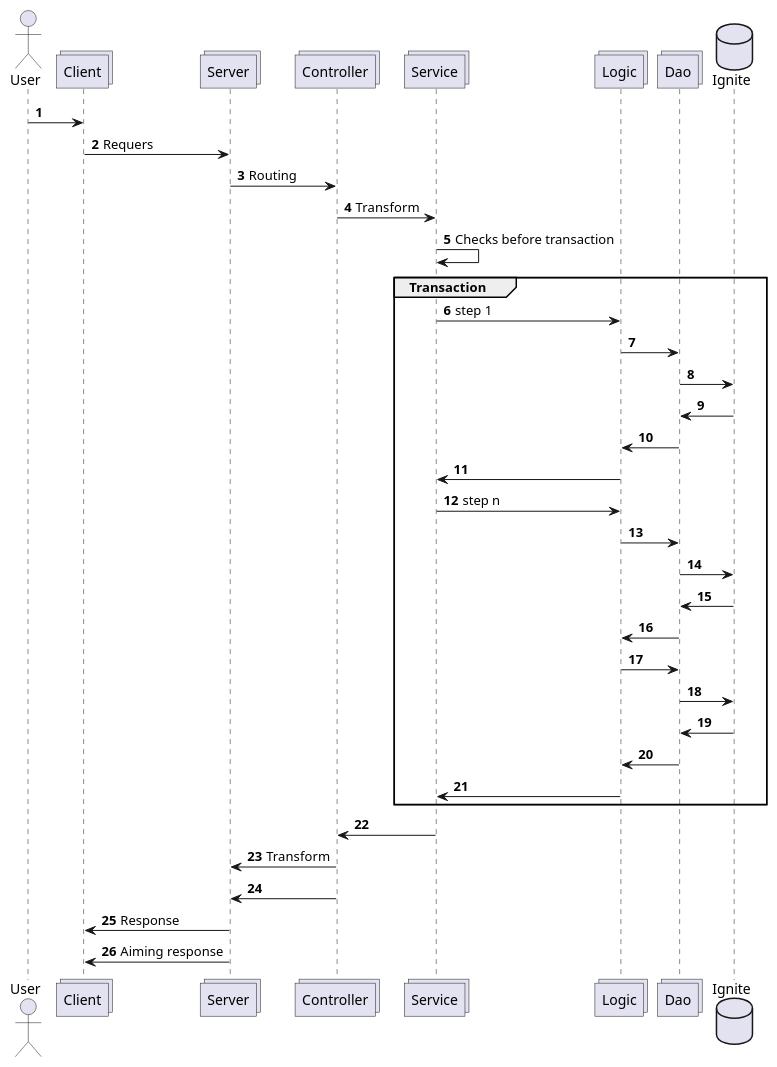
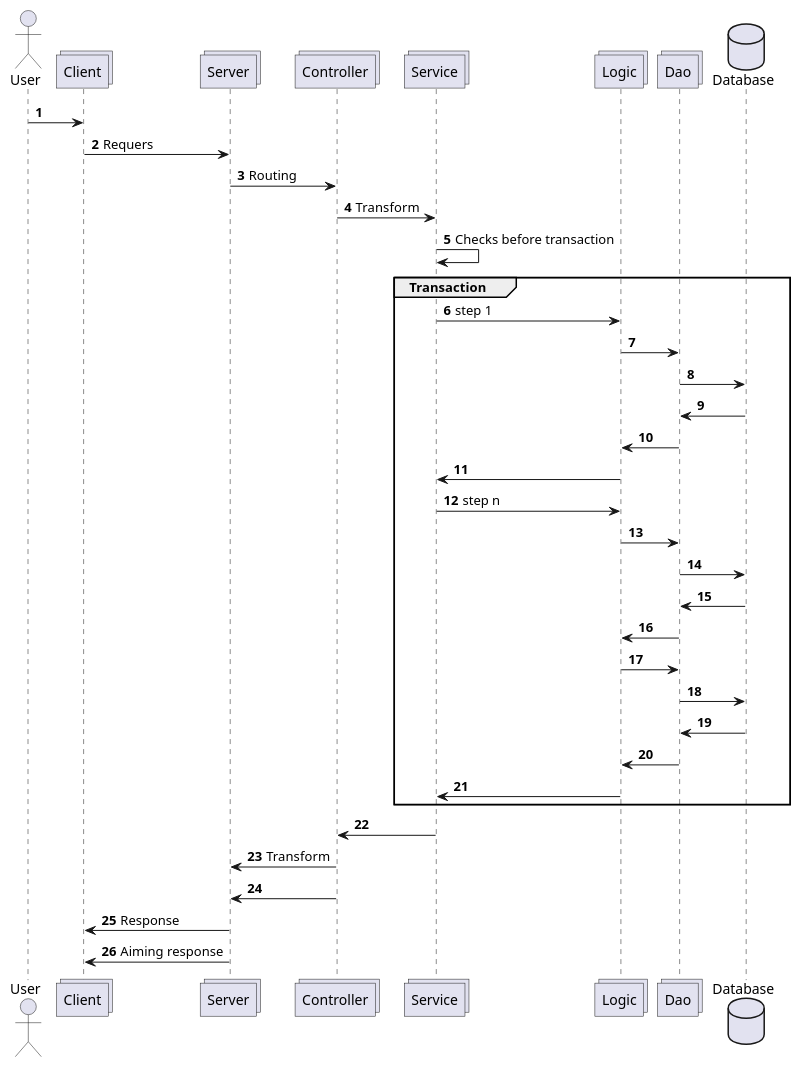
Before and after one commit to a-polyakov/com.zemrow.messenger: the diagram in readme/request_diagram.puml, drawn with PlantUML. The commit also changed 169 other files, not shown here.

```diff
--- a/readme/request_diagram.puml
+++ b/readme/request_diagram.puml
@@ -1,39 +1,39 @@
 @startuml
 actor User
 collections Client
 collections Server
 collections Controller
 collections Service
 collections Logic
 collections Dao
-database Ignite
+database Database
 autonumber
 User -> Client
 Client -> Server: Requers
 Server -> Controller : Routing
 Controller -> Service : Transform
 Service -> Service : Checks before transaction
 group Transaction
 Service -> Logic : step 1
 Logic -> Dao
-Dao -> Ignite
-Dao <- Ignite
+Dao -> Database
+Dao <- Database
 Logic <- Dao
 Service <- Logic
 Service -> Logic : step n
 Logic -> Dao
-Dao -> Ignite
-Dao <- Ignite
+Dao -> Database
+Dao <- Database
 Logic <- Dao
 Logic -> Dao
-Dao -> Ignite
-Dao <- Ignite
+Dao -> Database
+Dao <- Database
 Logic <- Dao
 Service <- Logic
 end
 Controller <- Service :
 Server <- Controller : Transform
 Server <- Controller
 Client <- Server: Response
 Client <- Server: Aiming response
 @enduml
```
